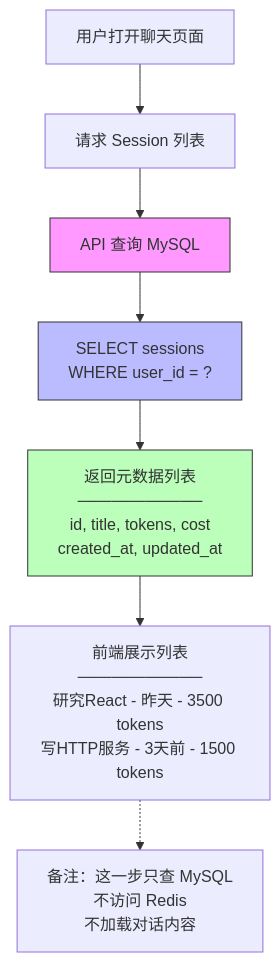
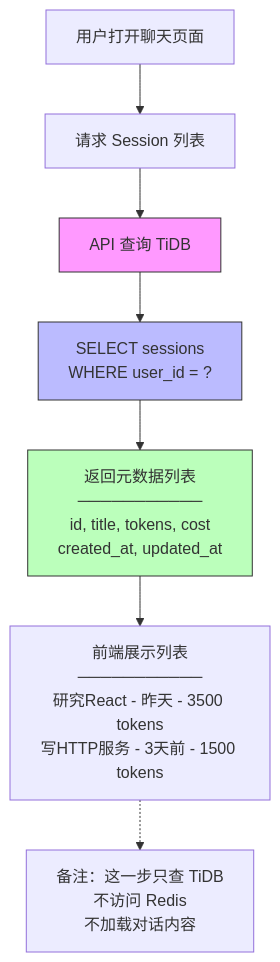
Before and after one commit to xiaocaipi/mm-doc: diagram 13 of 27 in agent/agent_project_design_1.md, drawn with Mermaid. The commit also changed other lines of this file, not shown here.

````diff
--- a/agent/agent_project_design_1.md
+++ b/agent/agent_project_design_1.md
@@ -686,16 +686,16 @@
 ```mermaid
 flowchart TD
     A["用户打开聊天页面"] --> B["请求 Session 列表"]
-    B --> C["API 查询 MySQL"]
+    B --> C["API 查询 TiDB"]
     C --> D["SELECT sessions<br/>WHERE user_id = ?"]
     D --> E["返回元数据列表<br/>───────────<br/>id, title, tokens, cost<br/>created_at, updated_at"]
     E --> F["前端展示列表<br/>───────────<br/>研究React - 昨天 - 3500 tokens<br/>写HTTP服务 - 3天前 - 1500 tokens"]
     
     style C fill:#f9f,stroke:#333
     style D fill:#bbf,stroke:#333
     style E fill:#bfb,stroke:#333
     
-    Note1["备注：这一步只查 MySQL<br/>不访问 Redis<br/>不加载对话内容"]
+    Note1["备注：这一步只查 TiDB<br/>不访问 Redis<br/>不加载对话内容"]
     
     F -.-> Note1
 ```
````
